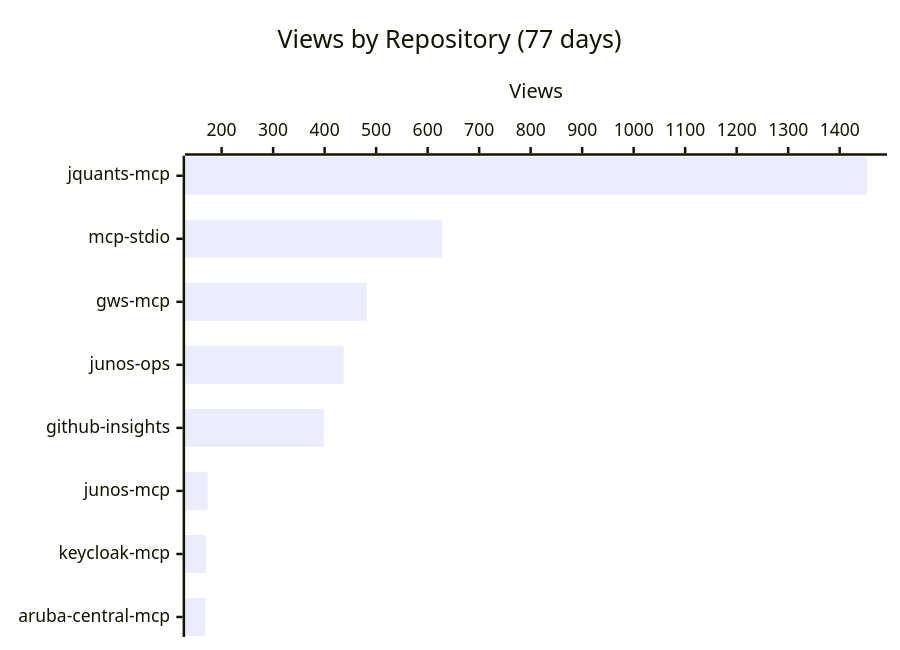
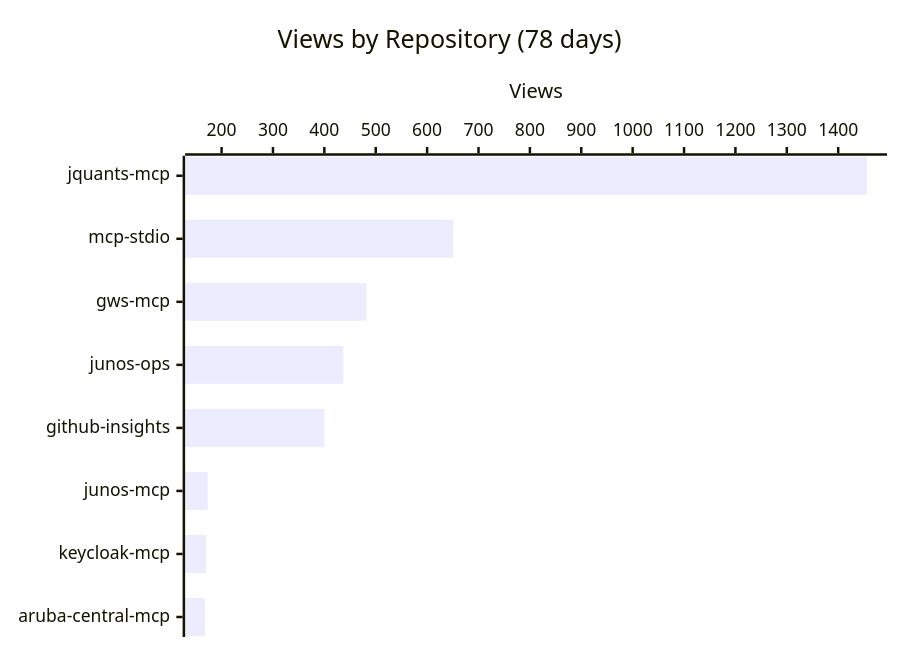
The first of 3 diagrams in README.md (shigechika/github-insights), drawn with Mermaid before and after one commit. The commit also changed other lines of this file and 2 other files, not shown here.

````diff
--- a/README.md
+++ b/README.md
@@ -18,7 +18,7 @@
 ```mermaid
 xychart-beta horizontal
-    title "Views by Repository (77 days)"
+    title "Views by Repository (78 days)"
     x-axis ["jquants-mcp", "mcp-stdio", "gws-mcp", "junos-ops", "github-insights", "junos-mcp", "keycloak-mcp", "aruba-central-mcp"]
     y-axis "Views"
-    bar [1453, 628, 482, 437, 399, 173, 170, 168]
+    bar [1456, 651, 482, 437, 400, 173, 170, 168]
 ```
````
